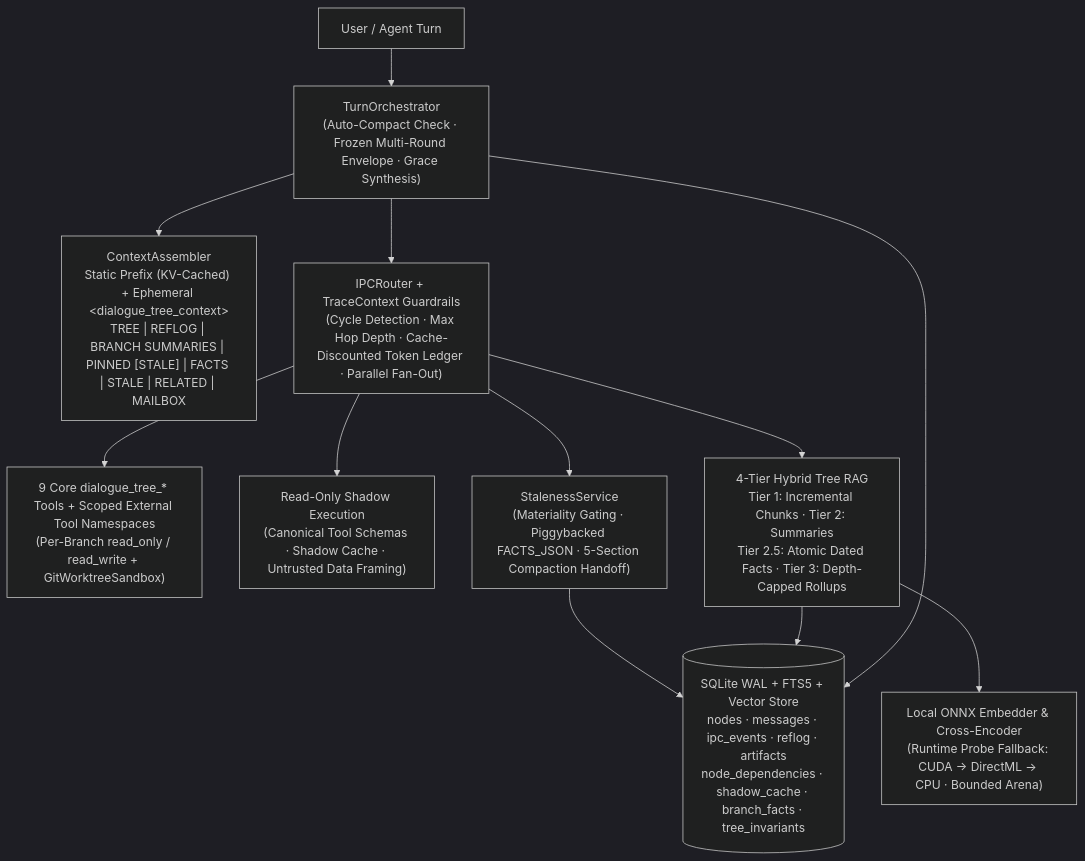
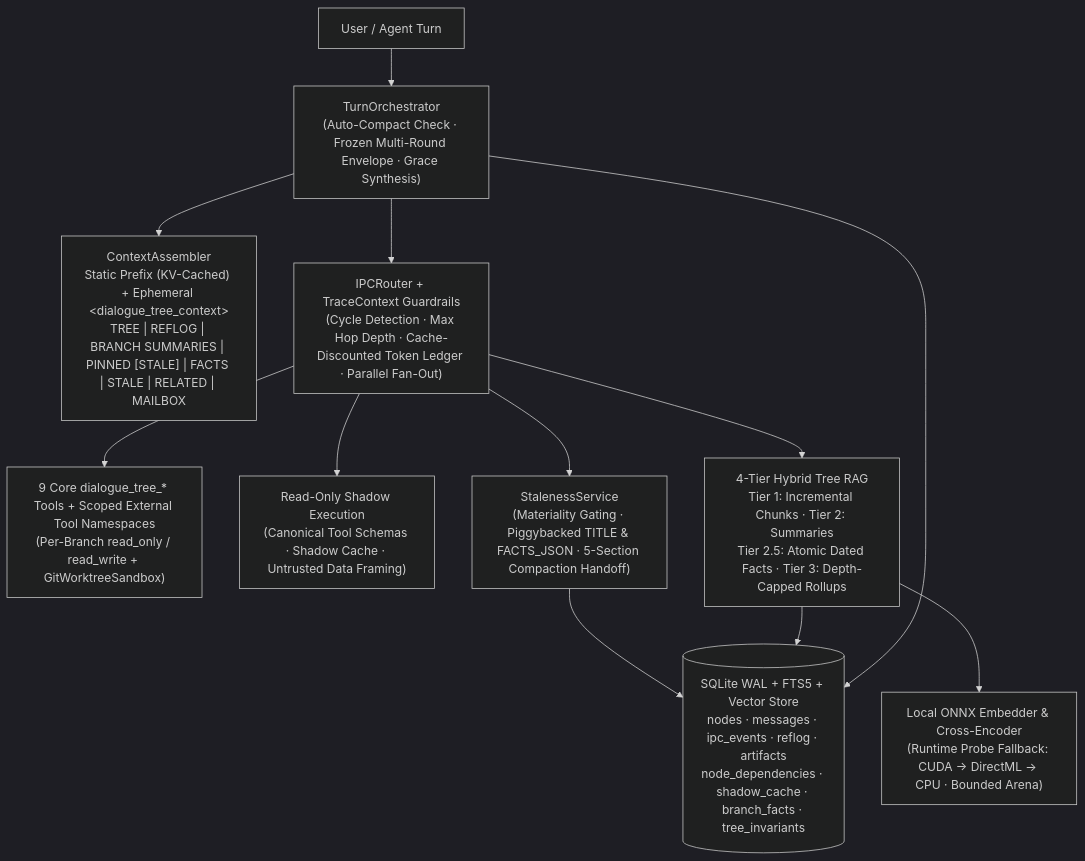
Before and after one commit to shervinemp/Chatree: the diagram in README.md, drawn with Mermaid (dark theme). The commit also changed other lines of this file and 7 other files, not shown here.

````diff
--- a/README.md
+++ b/README.md
@@ -53,14 +53,14 @@
 ```mermaid
 flowchart TB
     User["User / Agent Turn"] --> Orch["TurnOrchestrator<br/>(Auto-Compact Check · Frozen Multi-Round Envelope · Grace Synthesis)"]
     Orch --> Ctx["ContextAssembler<br/>Static Prefix (KV-Cached) + Ephemeral &lt;dialogue_tree_context&gt;<br/>TREE | REFLOG | BRANCH SUMMARIES | PINNED [STALE] | FACTS | STALE | RELATED | MAILBOX"]
     Orch --> IPC["IPCRouter + TraceContext Guardrails<br/>(Cycle Detection · Max Hop Depth · Cache-Discounted Token Ledger · Parallel Fan-Out)"]
     IPC --> Tools["9 Core dialogue_tree_* Tools + Scoped External Tool Namespaces<br/>(Per-Branch read_only / read_write + GitWorktreeSandbox)"]
     IPC --> Shadow["Read-Only Shadow Execution<br/>(Canonical Tool Schemas · Shadow Cache · Untrusted Data Framing)"]
-    IPC --> Stale["StalenessService<br/>(Materiality Gating · Piggybacked FACTS_JSON · 5-Section Compaction Handoff)"]
+    IPC --> Stale["StalenessService<br/>(Materiality Gating · Piggybacked TITLE &amp; FACTS_JSON · 5-Section Compaction Handoff)"]
     IPC --> RAG["4-Tier Hybrid Tree RAG<br/>Tier 1: Incremental Chunks · Tier 2: Summaries<br/>Tier 2.5: Atomic Dated Facts · Tier 3: Depth-Capped Rollups"]
     RAG --> ONNX["Local ONNX Embedder & Cross-Encoder<br/>(Runtime Probe Fallback: CUDA -> DirectML -> CPU · Bounded Arena)"]
     Stale --> DB[("SQLite WAL + FTS5 + Vector Store<br/>nodes · messages · ipc_events · reflog · artifacts<br/>node_dependencies · shadow_cache · branch_facts · tree_invariants")]
     RAG --> DB
     Orch --> DB
 ```
````
